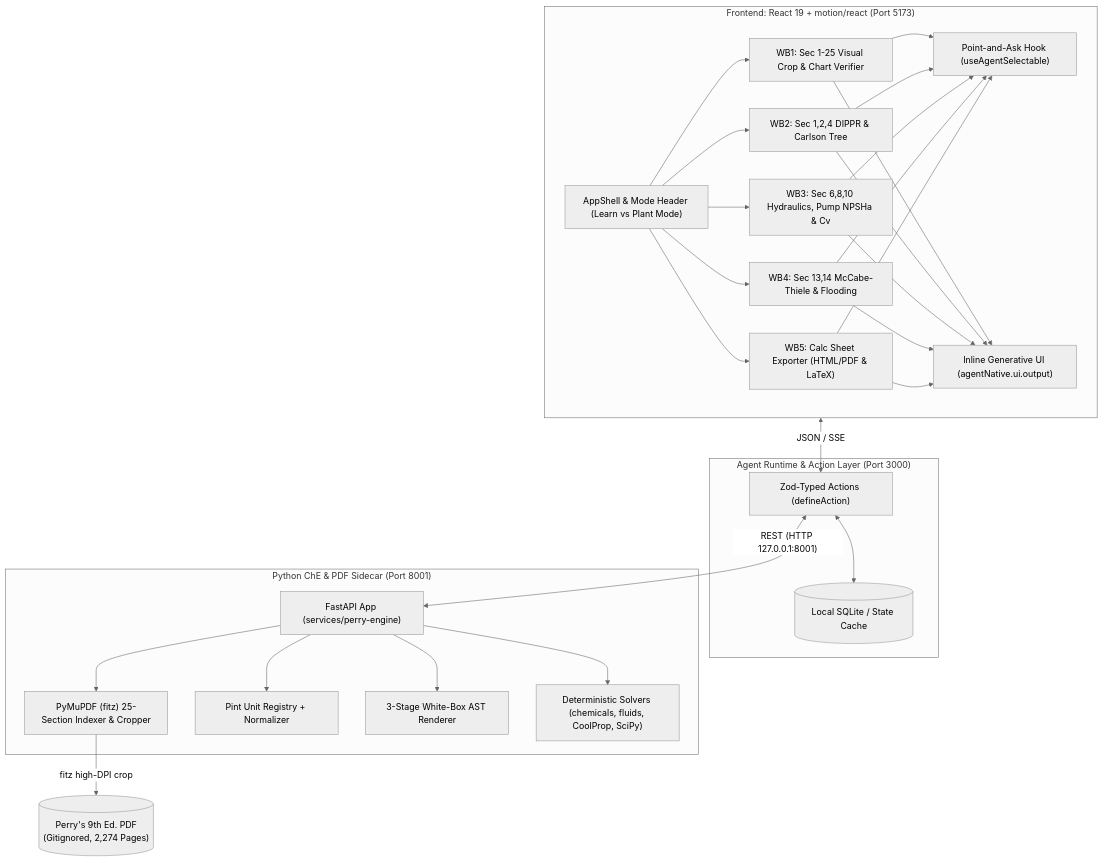
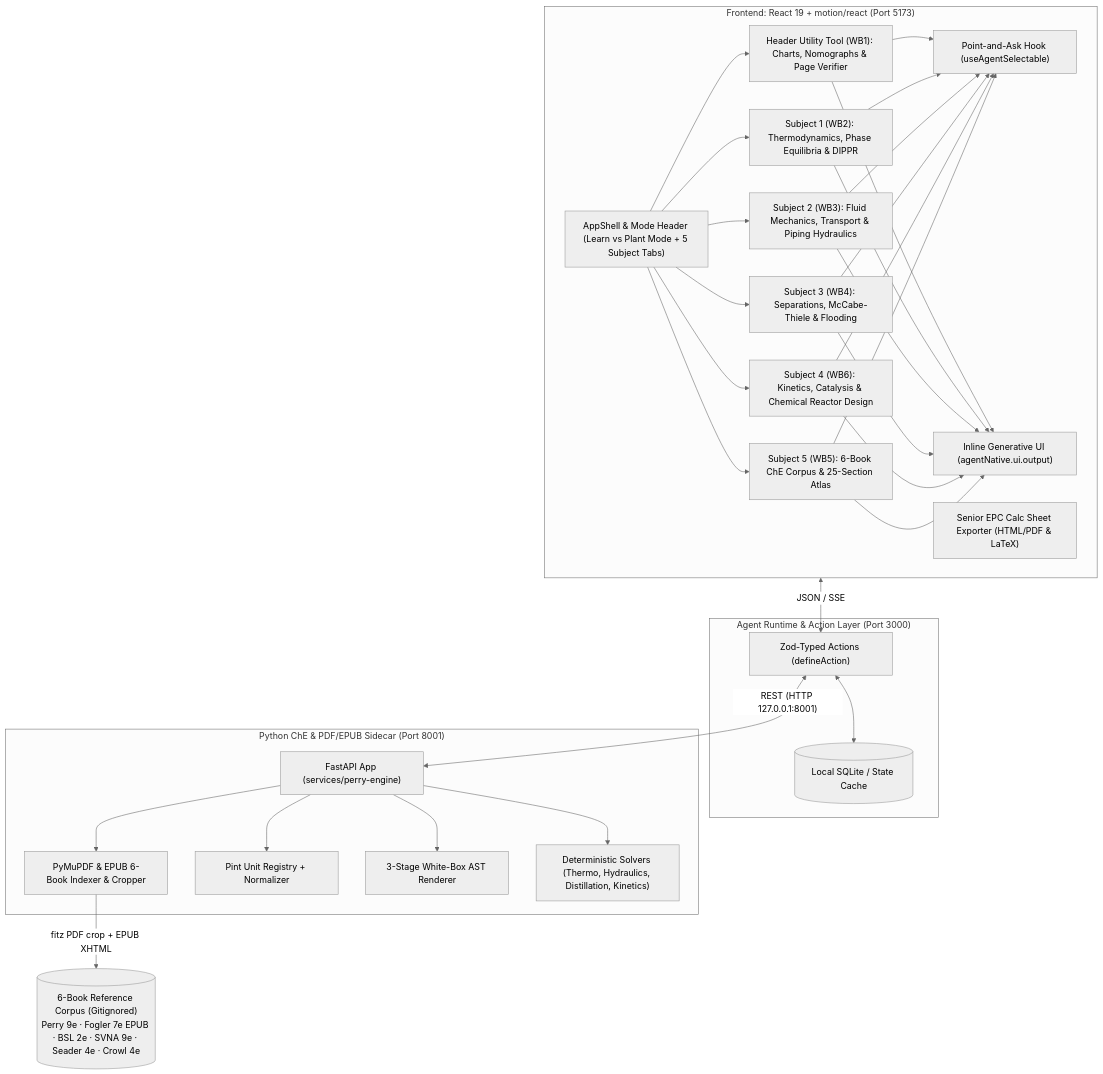
One commit to ai4U23/ai4UCheE changed the diagram in docs/system-architecture.md. Above: the diagram before and after it, drawn with Mermaid (neutral theme). The commit also changed other lines of this file and 119 other files, not shown here.

Commit message:
feat(workbench): add 6-book subject-first architecture, 25-section Perry atlas, kinetics workbench, and 57 interactive charts

````diff
--- a/docs/system-architecture.md
+++ b/docs/system-architecture.md
@@ -5,36 +5,38 @@
 ```mermaid
 flowchart TB
     subgraph Client["Frontend: React 19 + motion/react (Port 5173)"]
-        Shell["AppShell & Mode Header (Learn vs Plant Mode)"]
+        Shell["AppShell & Mode Header (Learn vs Plant Mode + 5 Subject Tabs)"]
+        WB1["Header Utility Tool (WB1): Charts, Nomographs & Page Verifier"]
         Select["Point-and-Ask Hook (useAgentSelectable)"]
         GenUI["Inline Generative UI (agentNative.ui.output)"]
-        WB1["WB1: Sec 1-25 Visual Crop & Chart Verifier"]
-        WB2["WB2: Sec 1,2,4 DIPPR & Carlson Tree"]
-        WB3["WB3: Sec 6,8,10 Hydraulics, Pump NPSHa & Cv"]
-        WB4["WB4: Sec 13,14 McCabe-Thiele & Flooding"]
-        WB5["WB5: Calc Sheet Exporter (HTML/PDF & LaTeX)"]
+        WB2["Subject 1 (WB2): Thermodynamics, Phase Equilibria & DIPPR"]
+        WB3["Subject 2 (WB3): Fluid Mechanics, Transport & Piping Hydraulics"]
+        WB4["Subject 3 (WB4): Separations, McCabe-Thiele & Flooding"]
+        WB6["Subject 4 (WB6): Kinetics, Catalysis & Chemical Reactor Design"]
+        WB5["Subject 5 (WB5): 6-Book ChE Corpus & 25-Section Atlas"]
+        Export["Senior EPC Calc Sheet Exporter (HTML/PDF & LaTeX)"]
     end
 
     subgraph HostAPI["Agent Runtime & Action Layer (Port 3000)"]
         Actions["Zod-Typed Actions (defineAction)"]
         StateStore[("Local SQLite / State Cache")]
     end
 
-    subgraph Sidecar["Python ChE & PDF Sidecar (Port 8001)"]
+    subgraph Sidecar["Python ChE & PDF/EPUB Sidecar (Port 8001)"]
         FastAPI["FastAPI App (services/perry-engine)"]
-        PDFEng["PyMuPDF (fitz) 25-Section Indexer & Cropper"]
+        PDFEng["PyMuPDF & EPUB 6-Book Indexer & Cropper"]
         Units["Pint Unit Registry + Normalizer"]
         Handcalcs["3-Stage White-Box AST Renderer"]
-        Solvers["Deterministic Solvers (chemicals, fluids, CoolProp, SciPy)"]
+        Solvers["Deterministic Solvers (Thermo, Hydraulics, Distillation, Kinetics)"]
     end
 
-    PDF[("Perry's 9th Ed. PDF<br/>(Gitignored, 2,274 Pages)")]
+    Corpus[("6-Book Reference Corpus (Gitignored)<br/>Perry 9e · Fogler 7e EPUB · BSL 2e · SVNA 9e · Seader 4e · Crowl 4e")]
 
-    Shell --> WB1 & WB2 & WB3 & WB4 & WB5
-    WB1 & WB2 & WB3 & WB4 & WB5 --> Select & GenUI
+    Shell --> WB1 & WB2 & WB3 & WB4 & WB6 & WB5
+    WB1 & WB2 & WB3 & WB4 & WB6 & WB5 --> Select & GenUI
     Client <-->|"JSON / SSE"| Actions
     Actions <--> StateStore
     Actions <-->|"REST (HTTP 127.0.0.1:8001)"| FastAPI
     FastAPI --> PDFEng & Units & Handcalcs & Solvers
-    PDFEng -->|"fitz high-DPI crop"| PDF
+    PDFEng -->|"fitz PDF crop + EPUB XHTML"| Corpus
 ```
````
